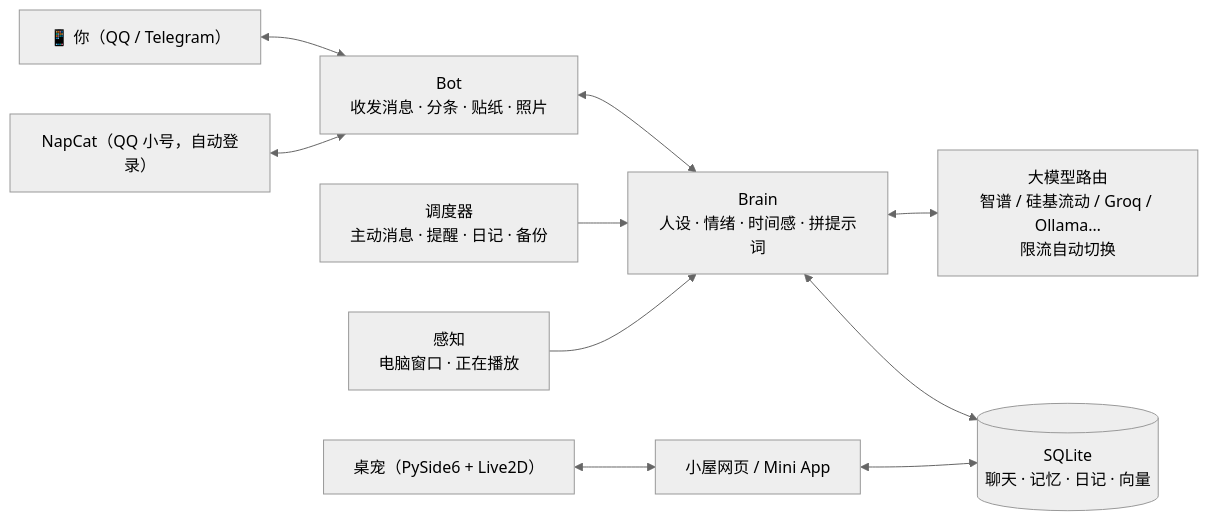
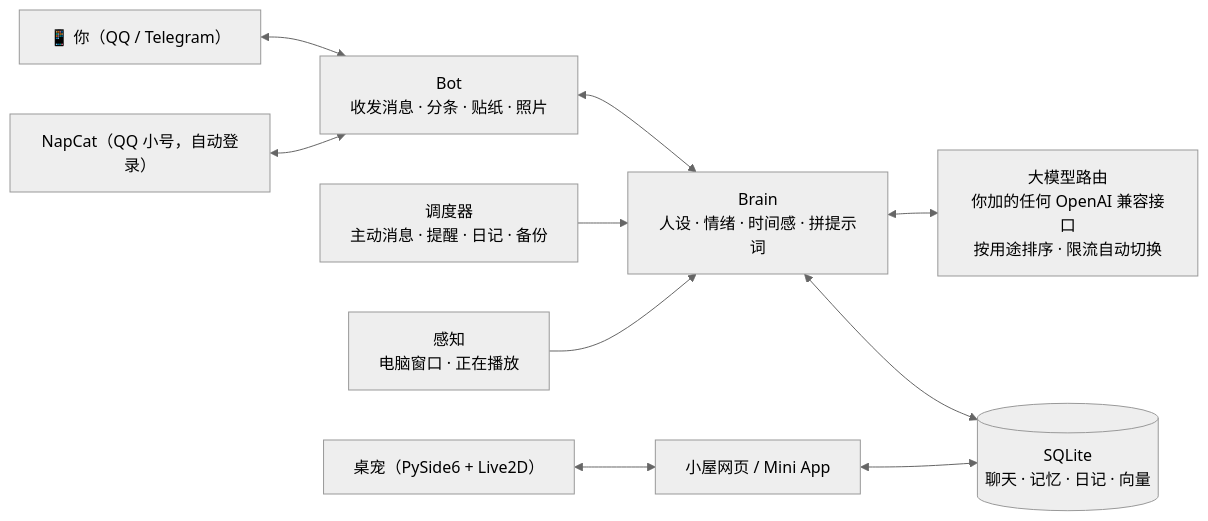
The diagram in README.md (star031104/ai-life), drawn with Mermaid (neutral theme) before and after one commit. The commit also changed other lines of this file and 180 other files, not shown here.

````diff
--- a/README.md
+++ b/README.md
@@ -51,12 +51,12 @@
 ```mermaid
 flowchart LR
     U["📱 你（QQ / Telegram）"] <--> B["Bot<br/>收发消息 · 分条 · 贴纸 · 照片"]
     NC["NapCat（QQ 小号，自动登录）"] <--> B
     B <--> BR["Brain<br/>人设 · 情绪 · 时间感 · 拼提示词"]
-    BR <--> LLM["大模型路由<br/>智谱 / 硅基流动 / Groq / Ollama…<br/>限流自动切换"]
+    BR <--> LLM["大模型路由<br/>你加的任何 OpenAI 兼容接口<br/>按用途排序 · 限流自动切换"]
     BR <--> M[("SQLite<br/>聊天 · 记忆 · 日记 · 向量")]
     S["调度器<br/>主动消息 · 提醒 · 日记 · 备份"] --> BR
     P["感知<br/>电脑窗口 · 正在播放"] --> BR
     W["小屋网页 / Mini App"] <--> M
     PET["桌宠（PySide6 + Live2D）"] <--> W
 ```
````
